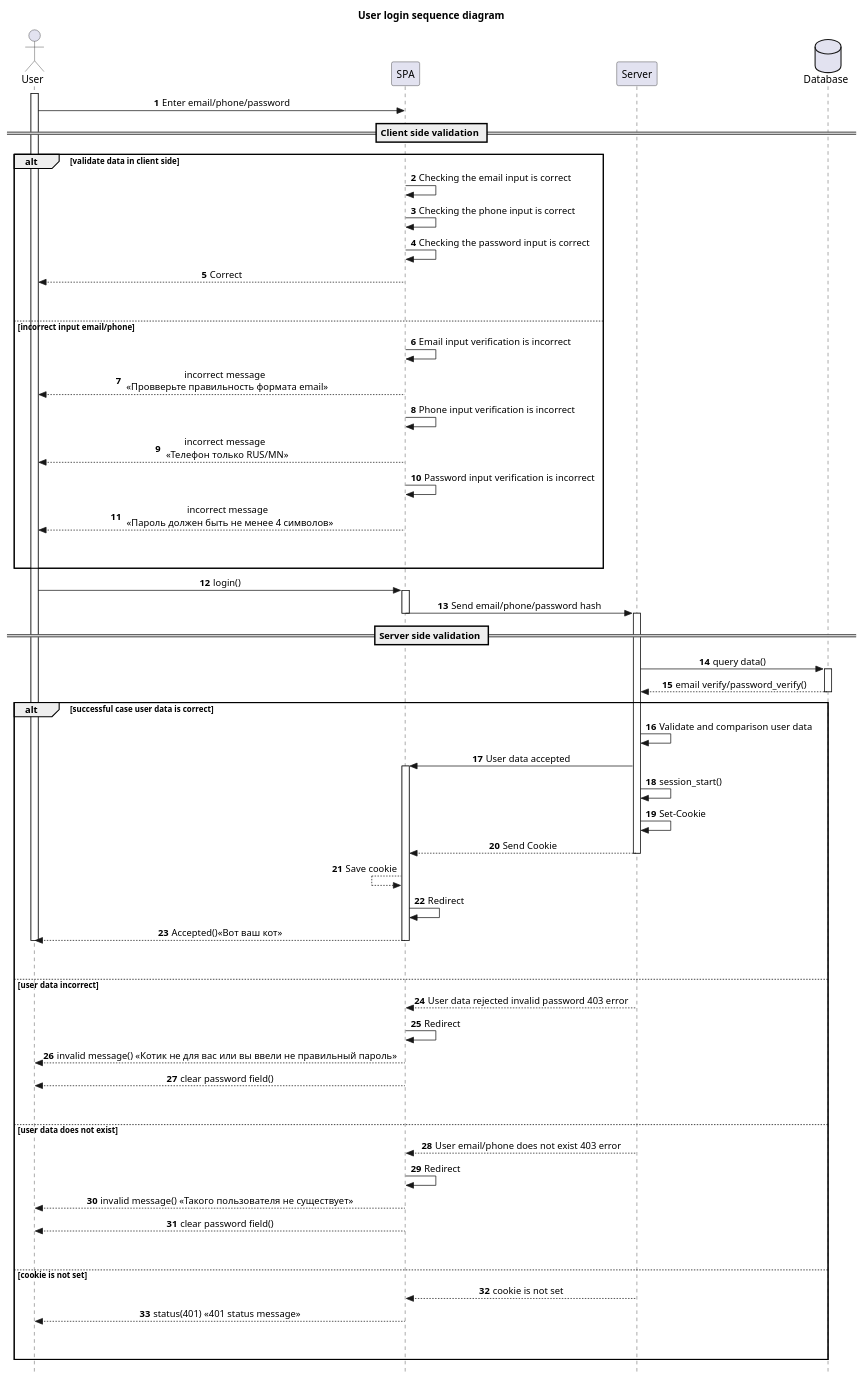
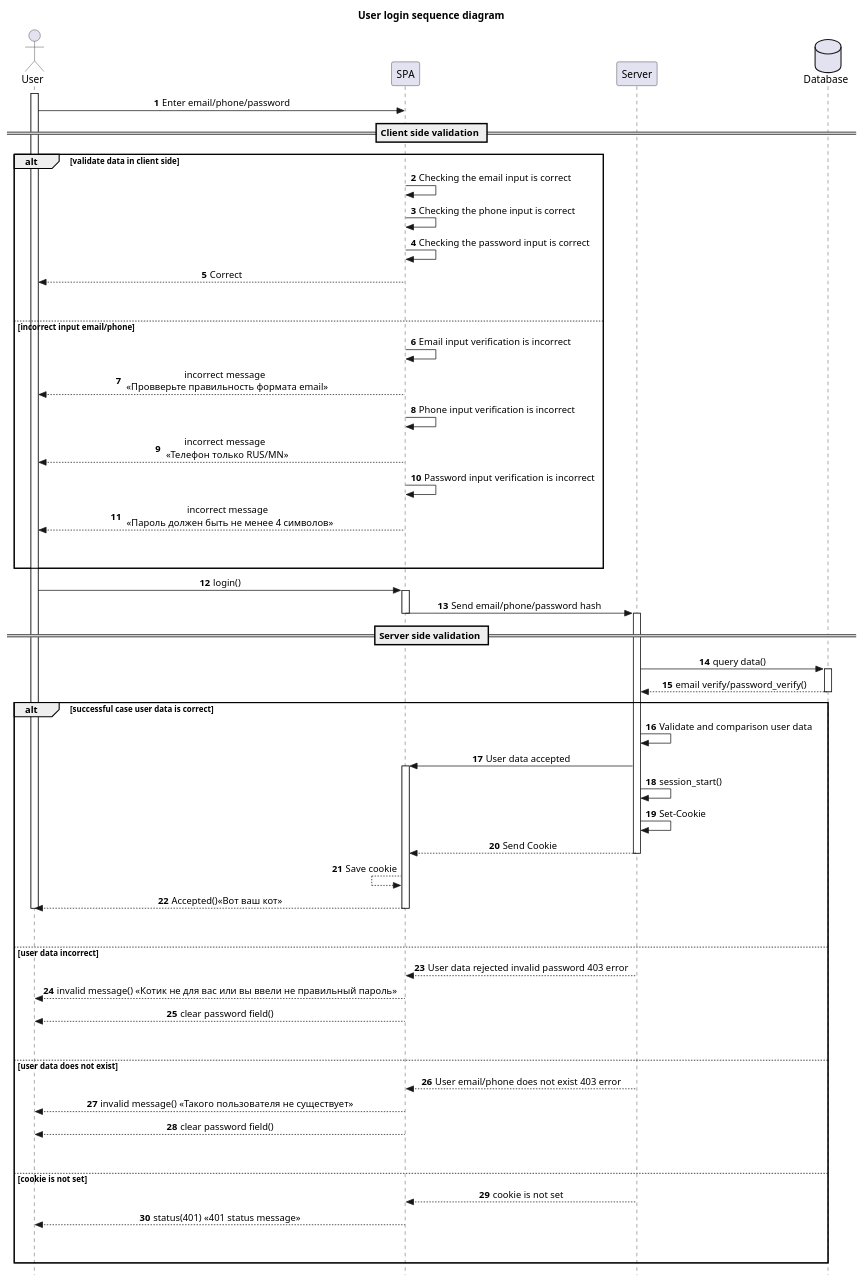
Before and after one commit to godoxyfair/igumenova_rmr_hw_server: the diagram in Sucsessful_unsucsessful UML.puml, drawn with PlantUML.

Commit message:
(un)successful case & cookie (need hints)

```diff
--- a/Sucsessful_unsucsessful UML.puml
+++ b/Sucsessful_unsucsessful UML.puml
@@ -1,82 +1,79 @@
 @startuml
 'https://plantuml.com/sequence-diagram
 
 autonumber
 title User login sequence diagram
 actor User
 participant SPA
 participant Server
 database  Database
 activate User
 
 
 skinparam sequenceMessageAlign center
 skinparam style strictuml
 
 
 User -> SPA : Enter email/phone/password
 == Client side validation ==
 
 alt validate data in client side
     SPA -> SPA: Checking the email input is correct
     SPA -> SPA: Checking the phone input is correct
     SPA -> SPA: Checking the password input is correct
     SPA --> User: Correct
 ||45||
 else incorrect input email/phone
     SPA -> SPA: Email input verification is incorrect
     SPA --> User: incorrect message \n <<Провверьте правильность формата email>>
     SPA -> SPA: Phone input verification is incorrect
     SPA --> User: incorrect message \n <<Телефон только RUS/MN>>
     SPA -> SPA: Password input verification is incorrect
     SPA --> User: incorrect message \n <<Пароль должен быть не менее 4 символов>>
 ||45||
 end
 
 deactivate SPA
 User -> SPA : login()
 
 activate SPA
 SPA -> Server: Send email/phone/password hash
 == Server side validation ==
 deactivate SPA
 
 activate Server
 Server -> Database: query data()
 activate Database
 Database --> Server: email verify/password_verify()
 deactivate Database
 
 alt successful case user data is correct
     Server -> Server: Validate and comparison user data
     Server -> SPA : User data accepted
     activate SPA
     Server -> Server: session_start()
     Server -> Server: Set-Cookie
     Server --> SPA: Send Cookie
     deactivate Server
     SPA <-- SPA: Save cookie
-    SPA -> SPA : Redirect
     SPA --> User: Accepted()<<Вот ваш кот>>
     deactivate SPA
     deactivate User
 ||45||
 else user data incorrect
     Server --> SPA: User data rejected invalid password 403 error
-    SPA -> SPA: Redirect
     SPA --> User: invalid message() <<Котик не для вас или вы ввели не правильный пароль>>
     SPA --> User: clear password field()
 ||45||
 else user data does not exist
     Server --> SPA: User email/phone does not exist 403 error
-    SPA -> SPA: Redirect
     SPA --> User: invalid message() <<Такого пользователя не существует>>
     SPA --> User: clear password field()
 ||45||
 else cookie is not set
     Server --> SPA: cookie is not set
     SPA --> User: status(401) <<401 status message>>
 ||45||
 end
 
 @enduml
```
